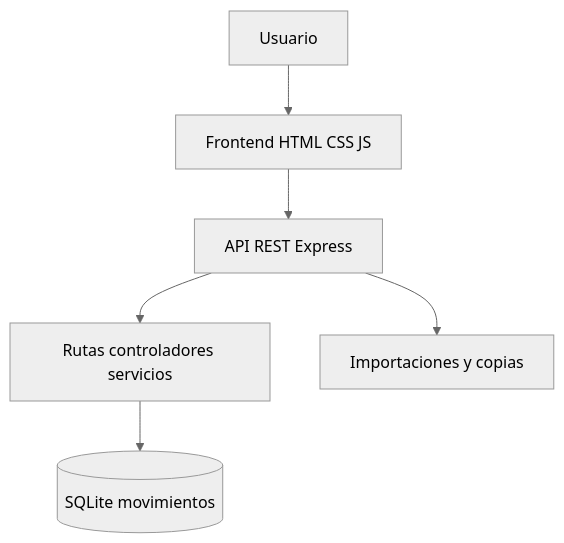
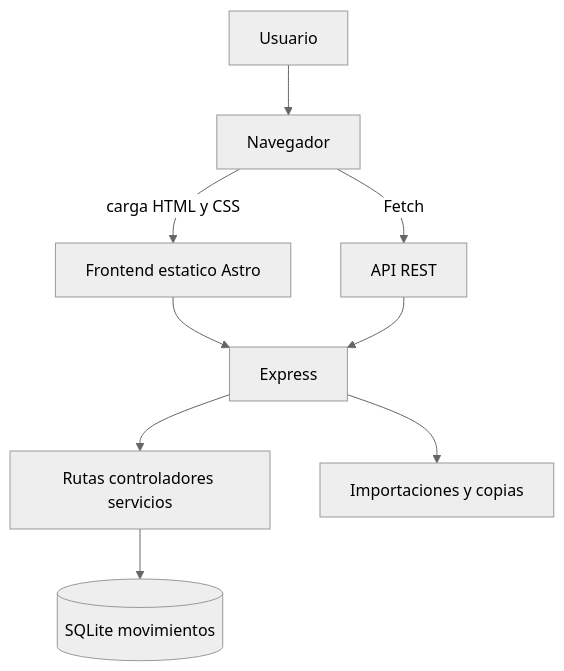
One commit to AntonioZurano/cashflow-control-case-study changed the first of 3 diagrams in README.md. Above: the diagram before and after it, drawn with Mermaid (neutral theme). The commit also changed other lines of this file, not shown here.

````diff
--- a/README.md
+++ b/README.md
@@ -102,8 +120,11 @@
 ```mermaid
 flowchart TD
-    U["Usuario"] --> F["Frontend HTML CSS JS"]
-    F --> A["API REST Express"]
-    A --> C["Rutas controladores servicios"]
+    U["Usuario"] --> N["Navegador"]
+    N -->|"carga HTML y CSS"| Dist["Frontend estatico Astro"]
+    N -->|"Fetch"| API["API REST"]
+    Dist --> E["Express"]
+    API --> E
+    E --> C["Rutas controladores servicios"]
     C --> D[("SQLite movimientos")]
-    A --> B["Importaciones y copias"]
+    E --> B["Importaciones y copias"]
 ```
````
